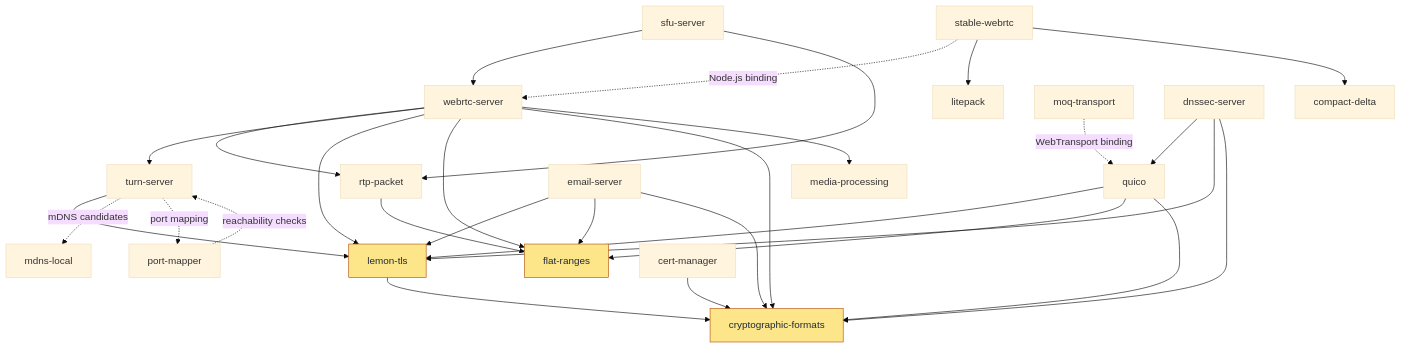
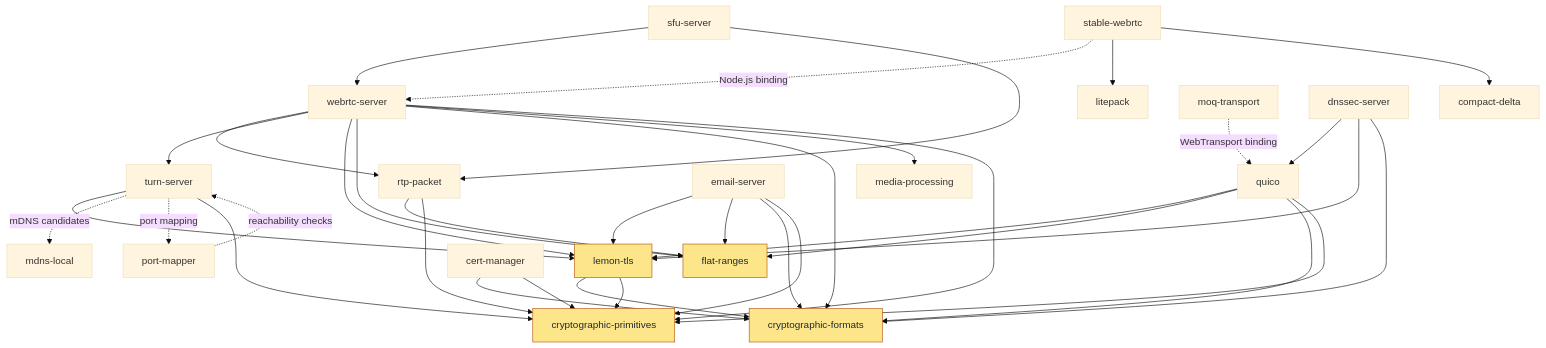
Before and after one commit to colocohen/colocohen: the diagram in README.md, drawn with Mermaid (base theme). The commit also changed other lines of this file, not shown here.

````diff
--- a/README.md
+++ b/README.md
@@ -64,39 +64,47 @@
 ```mermaid
 graph TD
   sfu[sfu-server] --> webrtc[webrtc-server]
   sfu --> rtp[rtp-packet]
   stable[stable-webrtc] -.->|Node.js binding| webrtc
   stable --> litepack
   stable --> delta[compact-delta]
 
   webrtc --> rtp
   webrtc --> turn[turn-server]
   webrtc --> tls[lemon-tls]
   webrtc --> ranges[flat-ranges]
   webrtc --> formats[cryptographic-formats]
   webrtc --> mp[media-processing]
   rtp --> ranges
 
   turn --> tls
   turn -.->|mDNS candidates| mdns[mdns-local]
   turn -.->|port mapping| pm[port-mapper]
   pm -.->|reachability checks| turn
 
   moq[moq-transport] -.->|WebTransport binding| quico
   dns[dnssec-server] --> quico
   dns --> tls
   dns --> formats
   quico --> tls
   quico --> ranges
   quico --> formats
 
   email[email-server] --> tls
   email --> ranges
   email --> formats
   cert[cert-manager] --> formats
 
   tls --> formats
 
+  tls --> prims[cryptographic-primitives]
+  quico --> prims
+  cert --> prims
+  email --> prims
+  webrtc --> prims
+  rtp --> prims
+  turn --> prims
+
   classDef base fill:#fde68a,stroke:#b45309,color:#1f2937
-  class tls,formats,ranges base
+  class tls,formats,prims,ranges base
 ```
````
